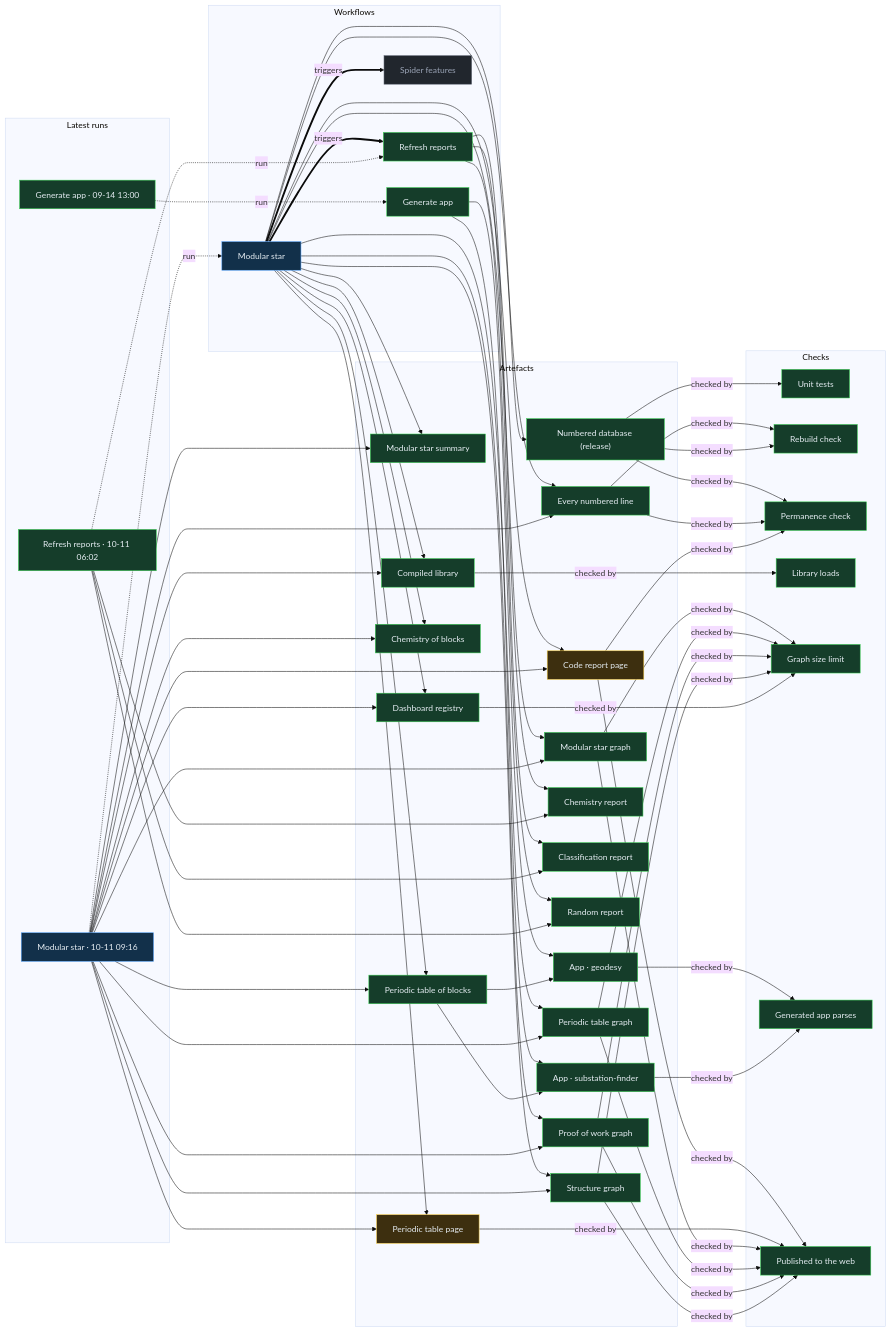
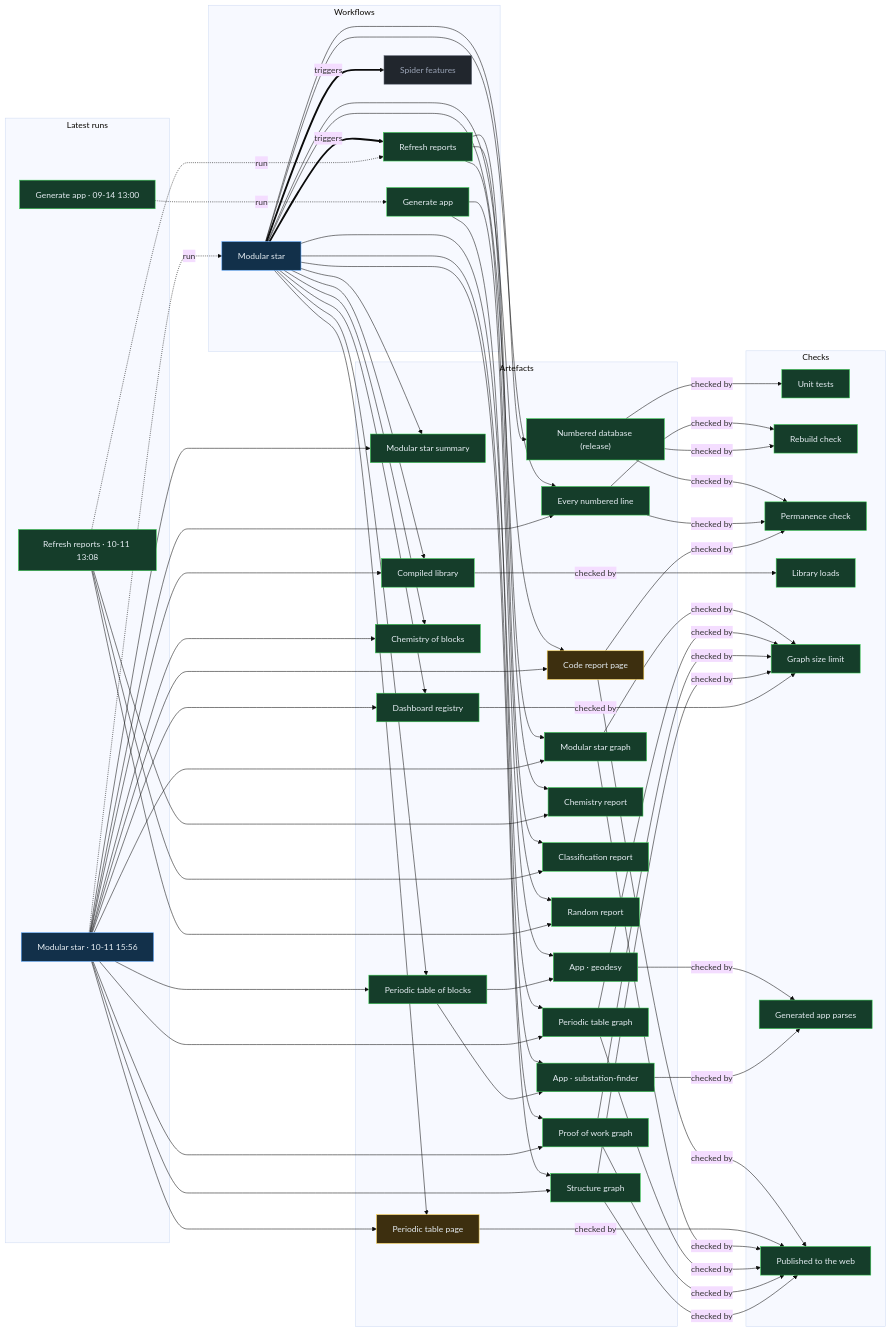
The diagram in proof/PROOF.md (Ventusltd/stars), drawn with Mermaid (base theme) before and after one commit. The commit also changed other lines of this file and 44 other files, not shown here.

Commit message:
Modular star 2026-10-11T15:59Z

```diff
--- a/proof/PROOF.md
+++ b/proof/PROOF.md
@@ -24,8 +24,8 @@
   n_wf_spider_features["Spider features"]:::off
   end
   subgraph g_runs["Latest runs"]
-  n_run_38127760468["Modular star · 10-11 09:16"]:::live
-  n_run_38116733875["Refresh reports · 10-11 06:02"]:::ok
+  n_run_38153376399["Modular star · 10-11 15:56"]:::live
+  n_run_38142010740["Refresh reports · 10-11 13:08"]:::ok
   n_run_34846587798["Generate app · 09-14 13:00"]:::ok
   end
   subgraph g_artefacts["Artefacts"]
@@ -59,39 +59,39 @@
   end
   n_wf_modular_star == triggers ==> n_wf_refresh
   n_wf_modular_star == triggers ==> n_wf_spider_features
-  n_run_38127760468 -. run .-> n_wf_modular_star
-  n_run_38116733875 -. run .-> n_wf_refresh
+  n_run_38153376399 -. run .-> n_wf_modular_star
+  n_run_38142010740 -. run .-> n_wf_refresh
   n_run_34846587798 -. run .-> n_wf_generate
   n_wf_modular_star --> n_art_summary
-  n_run_38127760468 --> n_art_summary
+  n_run_38153376399 --> n_art_summary
   n_wf_modular_star --> n_art_lines
-  n_run_38127760468 --> n_art_lines
+  n_run_38153376399 --> n_art_lines
   n_wf_modular_star --> n_art_code
-  n_run_38127760468 --> n_art_code
+  n_run_38153376399 --> n_art_code
   n_wf_modular_star --> n_art_modular_graph
-  n_run_38127760468 --> n_art_modular_graph
+  n_run_38153376399 --> n_art_modular_graph
   n_wf_modular_star --> n_art_blocks
-  n_run_38127760468 --> n_art_blocks
+  n_run_38153376399 --> n_art_blocks
   n_wf_modular_star --> n_art_table
-  n_run_38127760468 --> n_art_table
+  n_run_38153376399 --> n_art_table
   n_wf_modular_star --> n_art_blocks_graph
-  n_run_38127760468 --> n_art_blocks_graph
+  n_run_38153376399 --> n_art_blocks_graph
   n_wf_modular_star --> n_art_reactions
-  n_run_38127760468 --> n_art_reactions
+  n_run_38153376399 --> n_art_reactions
   n_wf_modular_star --> n_art_library
-  n_run_38127760468 --> n_art_library
+  n_run_38153376399 --> n_art_library
   n_wf_modular_star --> n_art_features
-  n_run_38127760468 --> n_art_features
+  n_run_38153376399 --> n_art_features
   n_wf_modular_star --> n_art_proof
-  n_run_38127760468 --> n_art_proof
+  n_run_38153376399 --> n_art_proof
   n_wf_modular_star --> n_art_structure
-  n_run_38127760468 --> n_art_structure
+  n_run_38153376399 --> n_art_structure
   n_wf_refresh --> n_art_chemistry
-  n_run_38116733875 --> n_art_chemistry
+  n_run_38142010740 --> n_art_chemistry
   n_wf_refresh --> n_art_vedic
-  n_run_38116733875 --> n_art_vedic
+  n_run_38142010740 --> n_art_vedic
   n_wf_refresh --> n_art_random
-  n_run_38116733875 --> n_art_random
+  n_run_38142010740 --> n_art_random
   n_wf_modular_star --> n_art_release
   n_wf_generate --> n_app_geodesy
   n_art_blocks --> n_app_geodesy
```
